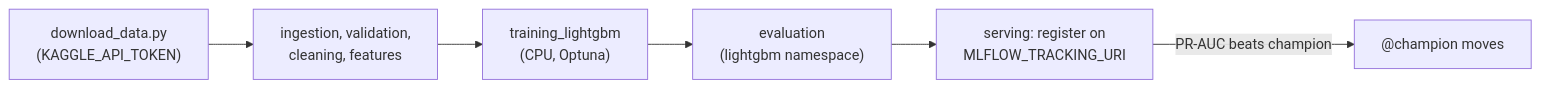
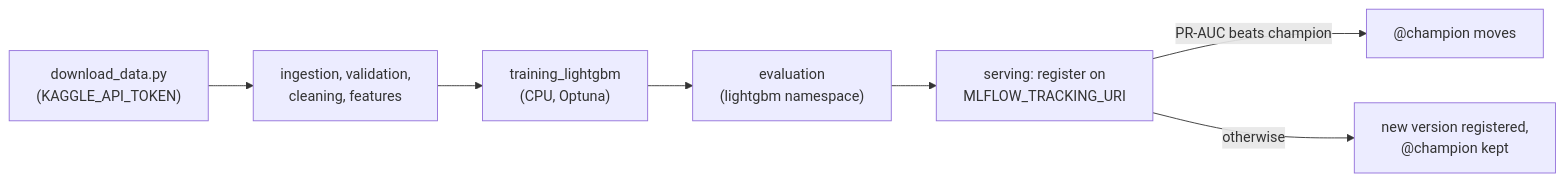
The fourth of 4 diagrams in docs/02_infrastructure.md (MikolajKurtyka/fraud-detection-kedro), drawn with Mermaid before and after one commit. The commit also changed other lines of this file and 8 other files, not shown here.

First line of the commit message:
docs: Mermaid diagrams, serving pipeline and production gaps

````diff
--- a/docs/02_infrastructure.md
+++ b/docs/02_infrastructure.md
@@ -279,8 +295,9 @@
 ```mermaid
 flowchart LR
     A["download_data.py<br/>(KAGGLE_API_TOKEN)"] --> B["ingestion, validation,<br/>cleaning, features"]
     B --> C["training_lightgbm<br/>(CPU, Optuna)"]
     C --> D["evaluation<br/>(lightgbm namespace)"]
     D --> E["serving: register on<br/>MLFLOW_TRACKING_URI"]
     E -->|"PR-AUC beats champion"| F["@champion moves"]
+    E -->|"otherwise"| G["new version registered,<br/>@champion kept"]
 ```
````
